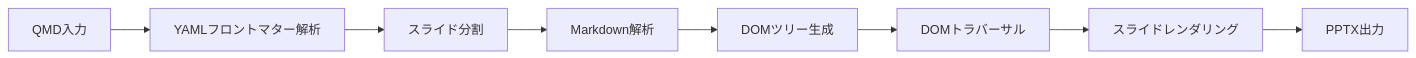
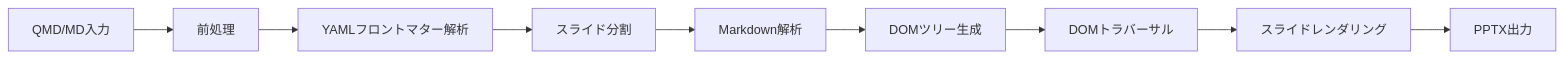
Before and after one commit to notfolder/qmd_to_pptx: the second of 6 diagrams in docs/QMD_TO_PPTX_DESIGN.md, drawn with Mermaid. The commit also changed other lines of this file, not shown here.

````diff
--- a/docs/QMD_TO_PPTX_DESIGN.md
+++ b/docs/QMD_TO_PPTX_DESIGN.md
@@ -47,10 +48,11 @@
 ```mermaid
 flowchart LR
-    A[QMD入力] --> B[YAMLフロントマター解析]
+    A[QMD/MD入力] --> P[前処理]
+    P --> B[YAMLフロントマター解析]
     B --> C[スライド分割]
     C --> D[Markdown解析]
     D --> E[DOMツリー生成]
     E --> F[DOMトラバーサル]
     F --> G[スライドレンダリング]
     G --> H[PPTX出力]
 ```
````
